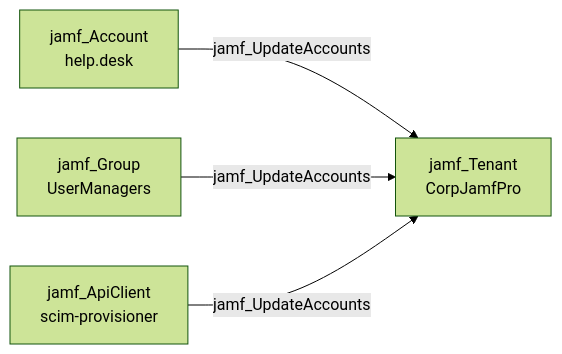
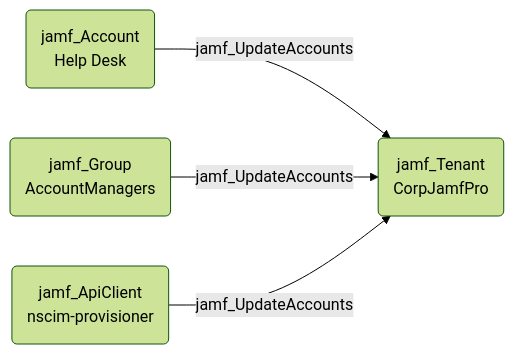
Before and after one commit to SpecterOps/bloodhound-docs: the diagram in docs/opengraph/extensions/jamfhound/reference/edges/jamf_updateaccounts.mdx, drawn with Mermaid (forest theme). The commit also changed 33 other files, not shown here.

Commit message:
Updated documentation with revised mermaid diagrams

````diff
--- a/docs/opengraph/extensions/jamfhound/reference/edges/jamf_updateaccounts.mdx
+++ b/docs/opengraph/extensions/jamfhound/reference/edges/jamf_updateaccounts.mdx
@@ -18,6 +18,14 @@
 ```mermaid
 graph LR
-    A["jamf_Account\nhelp.desk"] -->|jamf_UpdateAccounts| B["jamf_Tenant\nCorpJamfPro"]
-    C["jamf_Group\nUserManagers"] -->|jamf_UpdateAccounts| B
-    D["jamf_ApiClient\nscim-provisioner"] -->|jamf_UpdateAccounts| B
+    A("jamf_Account
+Help Desk")
+    B("jamf_Tenant
+CorpJamfPro")
+    C("jamf_Group
+AccountManagers")
+    D("jamf_ApiClient
+nscim-provisioner")
+    A -- jamf_UpdateAccounts --> B
+    C -- jamf_UpdateAccounts --> B
+    D -- jamf_UpdateAccounts --> B
 ```
````
